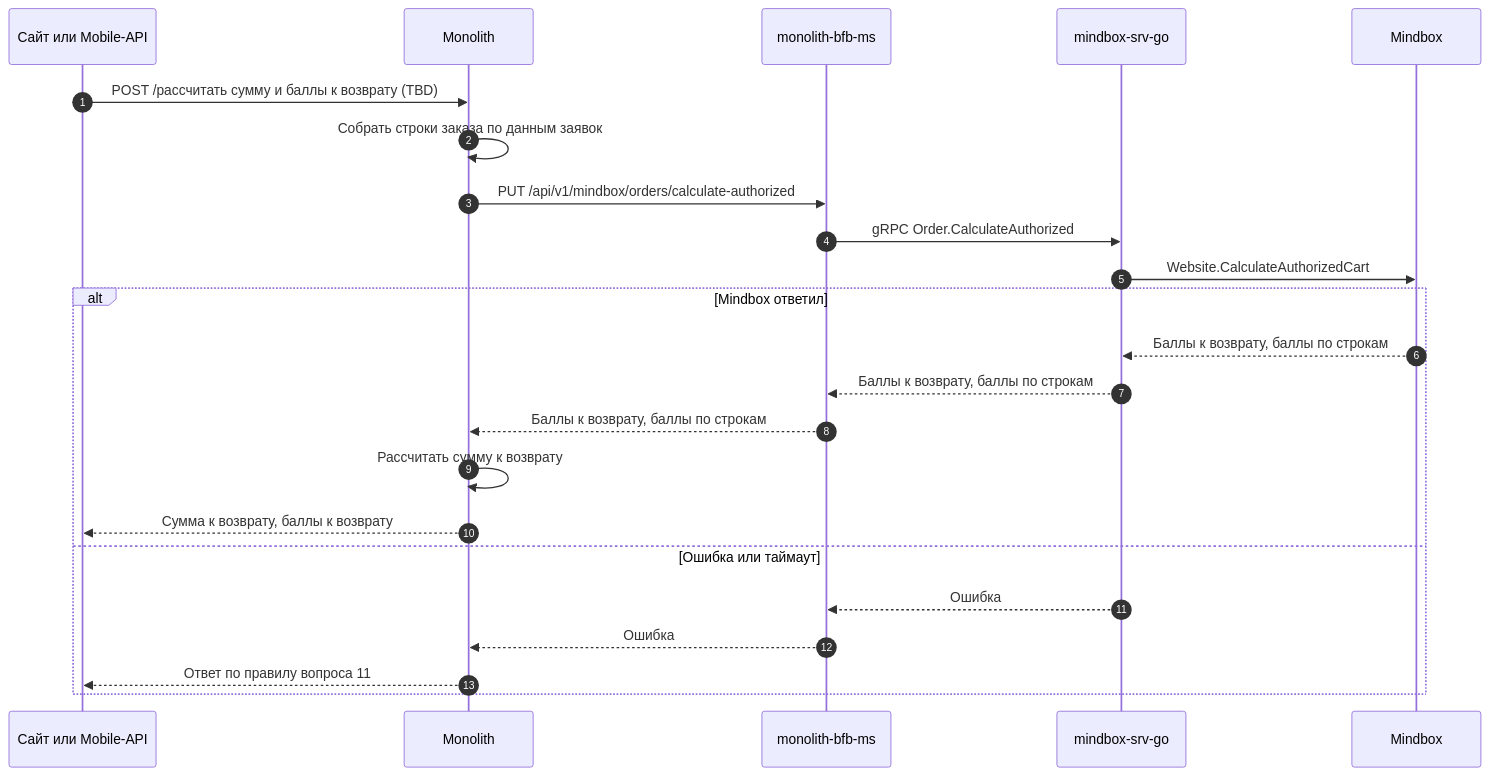
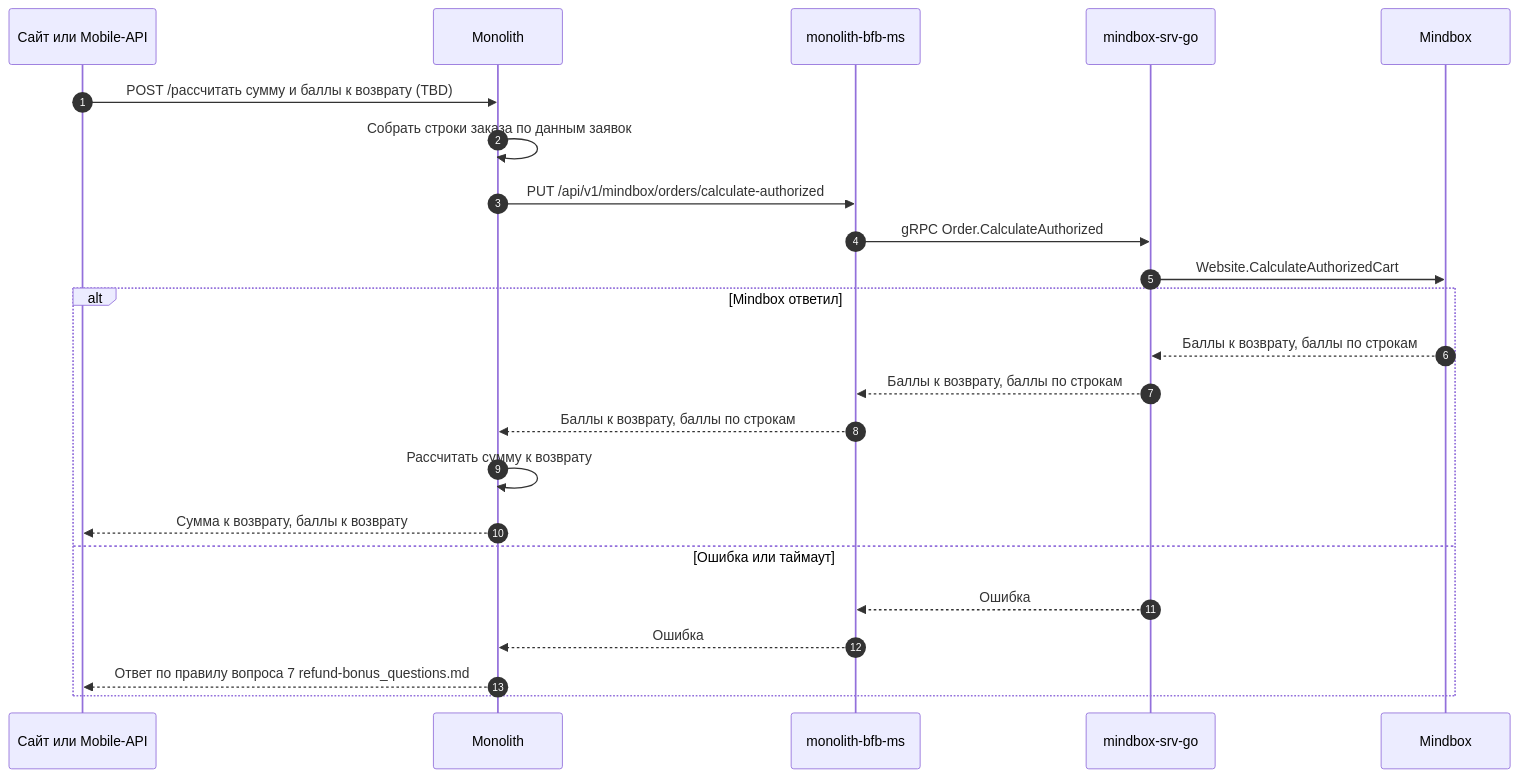
The first of 2 diagrams in projects/returns-2.0/requirements/backend/return-bonus_backend.md (Terinss155/opencode-agents-analysis), drawn with Mermaid before and after one commit. The commit also changed other lines of this file and 6 other files, not shown here.

Commit message:
Возвраты 2.0: вопросы к Mindbox и BTS собраны в mindbox-exchange_questions.md, refund-bonus — правила баллов, ссылки пересчитаны

````diff
--- a/projects/returns-2.0/requirements/backend/return-bonus_backend.md
+++ b/projects/returns-2.0/requirements/backend/return-bonus_backend.md
@@ -236,26 +236,26 @@
 ```mermaid
 sequenceDiagram
     autonumber
     participant CL as Сайт или Mobile-API
     participant MON as Monolith
     participant BFB as monolith-bfb-ms
     participant MSG as mindbox-srv-go
     participant MB as Mindbox
 
     CL->>MON: POST /рассчитать сумму и баллы к возврату (TBD)
     MON->>MON: Собрать строки заказа по данным заявок
     MON->>BFB: PUT /api/v1/mindbox/orders/calculate-authorized
     BFB->>MSG: gRPC Order.CalculateAuthorized
     MSG->>MB: Website.CalculateAuthorizedCart
     alt Mindbox ответил
         MB-->>MSG: Баллы к возврату, баллы по строкам
         MSG-->>BFB: Баллы к возврату, баллы по строкам
         BFB-->>MON: Баллы к возврату, баллы по строкам
         MON->>MON: Рассчитать сумму к возврату
         MON-->>CL: Сумма к возврату, баллы к возврату
     else Ошибка или таймаут
         MSG-->>BFB: Ошибка
         BFB-->>MON: Ошибка
-        MON-->>CL: Ответ по правилу вопроса 11
+        MON-->>CL: Ответ по правилу вопроса 7 refund-bonus_questions.md
     end
 ```
````
